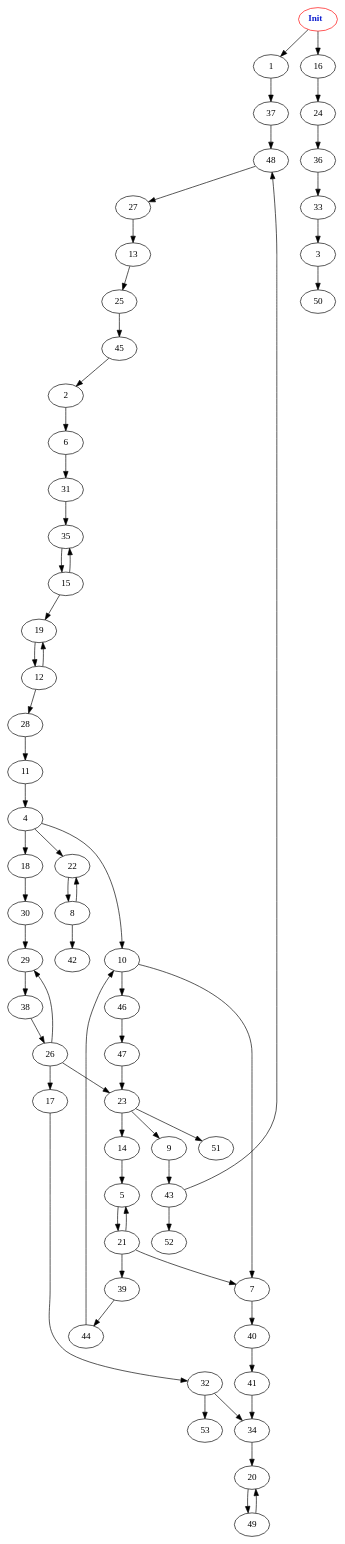
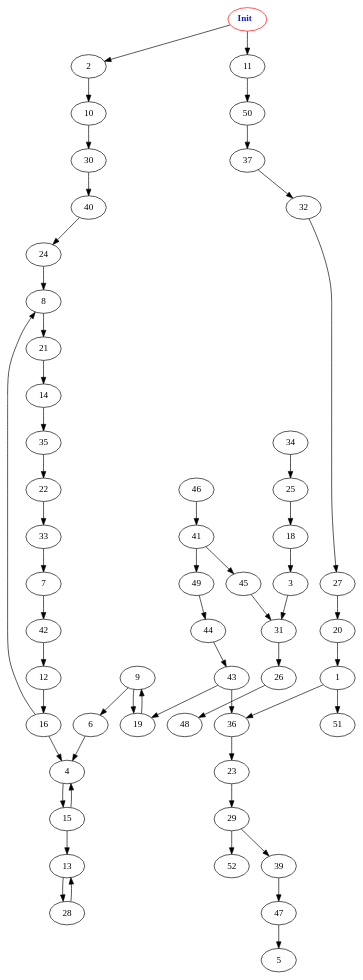
Before and after one commit to thecoder0/CS441_HW3: the diagram in src/main/resources/perturbedGraph.dot, drawn with Graphviz. The commit also changed 16 other files, not shown here.

Commit message:
add completed implementation of graph game

```diff
--- a/src/main/resources/perturbedGraph.dot
+++ b/src/main/resources/perturbedGraph.dot
@@ -1,68 +1,59 @@
-digraph "Perturbed Net Graph with 54 nodes" {
+digraph "Perturbed Net Graph with 51 nodes" {
 edge ["class"="link-class"]
 "0" ["color"="red","label"=<<b>Init</b>>,"fontcolor"="#1020d0"]
-"0" -> "1" ["weight"="1.0"]
-"0" -> "16" ["weight"="4.0"]
-"1" -> "37" ["weight"="2.0"]
-"16" -> "24" ["weight"="7.0"]
-"5" -> "21" ["weight"="5.0"]
-"21" -> "7" ["weight"="4.0"]
-"21" -> "39" ["weight"="4.0"]
-"21" -> "5" ["weight"="8.0"]
-"10" -> "7" ["weight"="8.0"]
-"10" -> "46" ["weight"="6.0"]
-"7" -> "40" ["weight"="6.0"]
-"40" -> "41" ["weight"="4.0"]
-"46" -> "47" ["weight"="7.0"]
-"37" -> "48" ["weight"="6.0"]
-"6" -> "31" ["weight"="2.0"]
-"31" -> "35" ["weight"="8.0"]
-"2" -> "6" ["weight"="9.0"]
-"8" -> "22" ["weight"="4.0"]
-"8" -> "42" ["weight"="4.0"]
-"22" -> "8" ["weight"="3.0"]
-"4" -> "22" ["weight"="6.0"]
-"4" -> "10" ["weight"="1.0"]
-"4" -> "18" ["weight"="9.0"]
-"18" -> "30" ["weight"="6.0"]
-"24" -> "36" ["weight"="5.0"]
-"36" -> "33" ["weight"="7.0"]
-"48" -> "27" ["weight"="1.0"]
-"25" -> "45" ["weight"="6.0"]
-"45" -> "2" ["weight"="1.0"]
-"14" -> "5" ["weight"="2.0"]
-"20" -> "49" ["weight"="7.0"]
-"49" -> "20" ["weight"="4.0"]
-"47" -> "23" ["weight"="7.0"]
-"29" -> "38" ["weight"="6.0"]
-"38" -> "26" ["weight"="2.0"]
-"39" -> "44" ["weight"="2.0"]
-"33" -> "3" ["weight"="3.0"]
-"3" -> "50" ["weight"="1.0"]
-"28" -> "11" ["weight"="9.0"]
-"11" -> "4" ["weight"="2.0"]
-"26" -> "17" ["weight"="6.0"]
-"26" -> "23" ["weight"="1.0"]
-"26" -> "29" ["weight"="1.0"]
-"17" -> "32" ["weight"="1.0"]
-"32" -> "34" ["weight"="2.0"]
-"32" -> "53" ["weight"="7.0"]
-"23" -> "51" ["weight"="1.0"]
-"23" -> "14" ["weight"="8.0"]
-"23" -> "9" ["weight"="1.0"]
-"9" -> "43" ["weight"="3.0"]
-"43" -> "52" ["weight"="3.0"]
-"43" -> "48" ["weight"="1.0"]
-"13" -> "25" ["weight"="1.0"]
-"41" -> "34" ["weight"="5.0"]
-"34" -> "20" ["weight"="4.0"]
-"44" -> "10" ["weight"="5.0"]
-"27" -> "13" ["weight"="4.0"]
-"12" -> "19" ["weight"="5.0"]
-"12" -> "28" ["weight"="1.0"]
-"19" -> "12" ["weight"="3.0"]
-"35" -> "15" ["weight"="4.0"]
-"15" -> "19" ["weight"="1.0"]
-"15" -> "35" ["weight"="9.0"]
-"30" -> "29" ["weight"="8.0"]
+"0" -> "2" ["weight"="1.0"]
+"0" -> "11" ["weight"="2.0"]
+"2" -> "10" ["weight"="5.0"]
+"11" -> "50" ["weight"="7.0"]
+"10" -> "30" ["weight"="5.0"]
+"30" -> "40" ["weight"="3.0"]
+"1" -> "36" ["weight"="2.0"]
+"1" -> "51" ["weight"="1.0"]
+"36" -> "23" ["weight"="1.0"]
+"6" -> "4" ["weight"="7.0"]
+"4" -> "15" ["weight"="2.0"]
+"15" -> "4" ["weight"="7.0"]
+"15" -> "13" ["weight"="1.0"]
+"9" -> "6" ["weight"="4.0"]
+"9" -> "19" ["weight"="9.0"]
+"19" -> "9" ["weight"="5.0"]
+"8" -> "21" ["weight"="5.0"]
+"21" -> "14" ["weight"="7.0"]
+"42" -> "12" ["weight"="1.0"]
+"12" -> "16" ["weight"="5.0"]
+"16" -> "8" ["weight"="1.0"]
+"16" -> "4" ["weight"="7.0"]
+"24" -> "8" ["weight"="4.0"]
+"37" -> "32" ["weight"="1.0"]
+"32" -> "27" ["weight"="1.0"]
+"27" -> "20" ["weight"="8.0"]
+"20" -> "1" ["weight"="5.0"]
+"25" -> "18" ["weight"="3.0"]
+"18" -> "3" ["weight"="4.0"]
+"3" -> "31" ["weight"="8.0"]
+"31" -> "26" ["weight"="5.0"]
+"14" -> "35" ["weight"="1.0"]
+"35" -> "22" ["weight"="8.0"]
+"46" -> "41" ["weight"="2.0"]
+"41" -> "45" ["weight"="2.0"]
+"41" -> "49" ["weight"="3.0"]
+"45" -> "31" ["weight"="8.0"]
+"49" -> "44" ["weight"="3.0"]
+"29" -> "39" ["weight"="2.0"]
+"29" -> "52" ["weight"="5.0"]
+"39" -> "47" ["weight"="4.0"]
+"28" -> "13" ["weight"="9.0"]
+"13" -> "28" ["weight"="8.0"]
+"33" -> "7" ["weight"="7.0"]
+"7" -> "42" ["weight"="5.0"]
+"26" -> "48" ["weight"="1.0"]
+"34" -> "25" ["weight"="8.0"]
+"22" -> "33" ["weight"="9.0"]
+"44" -> "43" ["weight"="3.0"]
+"43" -> "36" ["weight"="6.0"]
+"43" -> "19" ["weight"="1.0"]
+"23" -> "29" ["weight"="2.0"]
+"47" -> "5" ["weight"="1.0"]
+"50" -> "37" ["weight"="3.0"]
+"40" -> "24" ["weight"="1.0"]
 }
```
